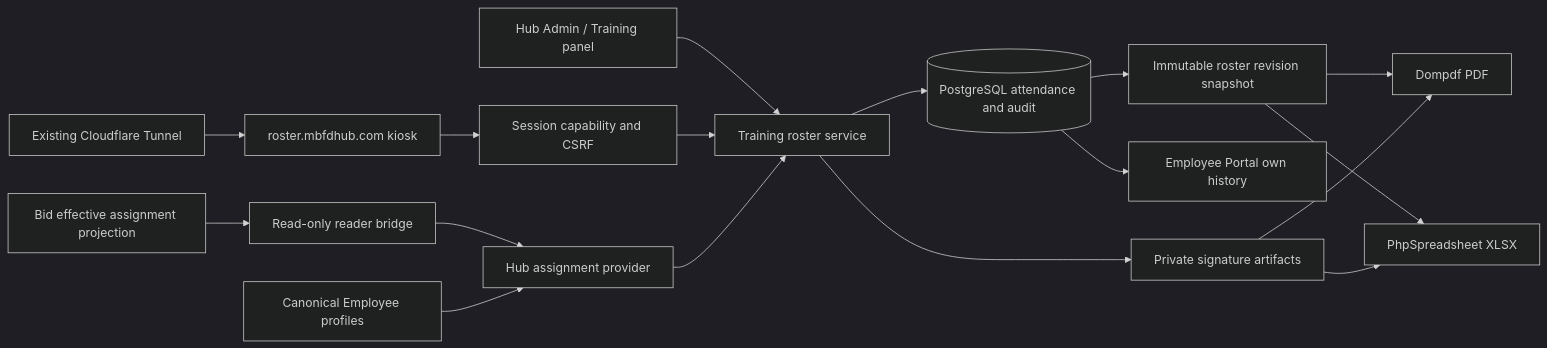
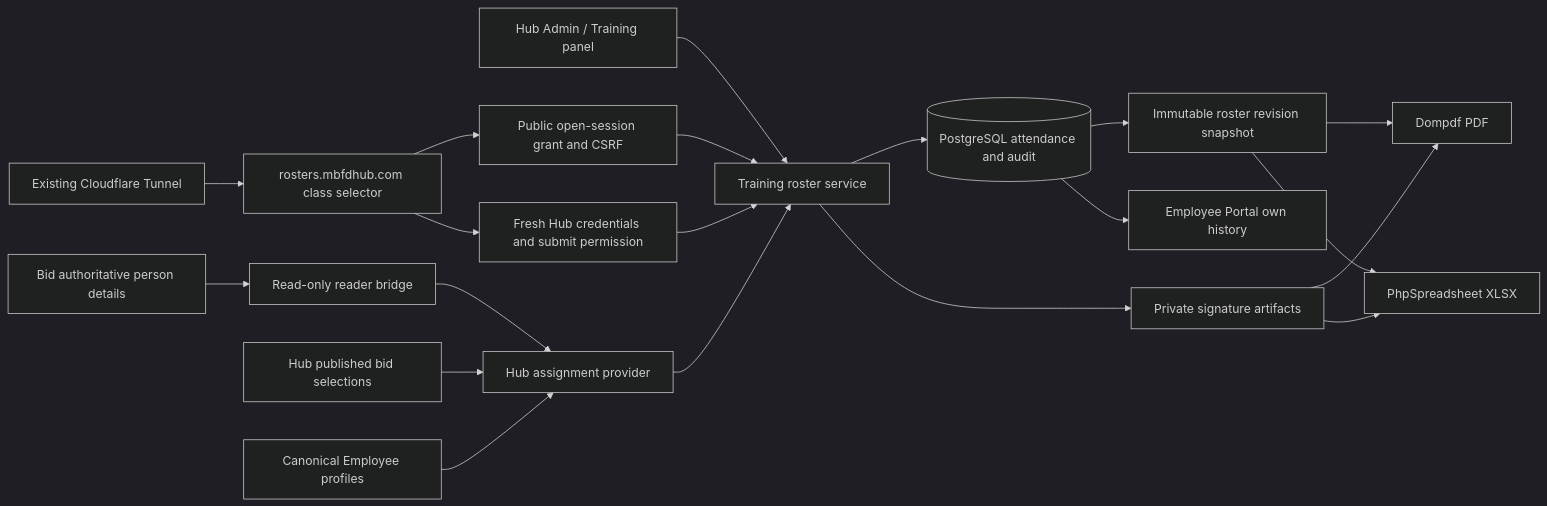
Before and after one commit to pdarleyjr/mbfd-hub: the diagram in docs/TRAINING_ROSTER_DESIGN.md, drawn with Mermaid (dark theme). The commit also changed other lines of this file and 32 other files, not shown here.

Commit message:
Add public class selection and authorized roster submission

````diff
--- a/docs/TRAINING_ROSTER_DESIGN.md
+++ b/docs/TRAINING_ROSTER_DESIGN.md
@@ -38,19 +38,22 @@
 ```mermaid
 flowchart LR
   A[Hub Admin / Training panel] --> S[Training roster service]
-  K[roster.mbfdhub.com kiosk] --> G[Session capability and CSRF]
+  K[rosters.mbfdhub.com class selector] --> G[Public open-session grant and CSRF]
   G --> S
-  B[Bid effective assignment projection] --> R[Read-only reader bridge]
+  K --> A2[Fresh Hub credentials and submit permission]
+  A2 --> S
+  B[Bid authoritative person details] --> R[Read-only reader bridge]
   R --> P[Hub assignment provider]
+  PB[Hub published bid selections] --> P
   E[Canonical Employee profiles] --> P
   P --> S
   S --> D[(PostgreSQL attendance and audit)]
   S --> F[Private signature artifacts]
   D --> V[Immutable roster revision snapshot]
   V --> PDF[Dompdf PDF]
   V --> XLSX[PhpSpreadsheet XLSX]
   F --> PDF
   F --> XLSX
   D --> H[Employee Portal own history]
   C[Existing Cloudflare Tunnel] --> K
 ```
````
